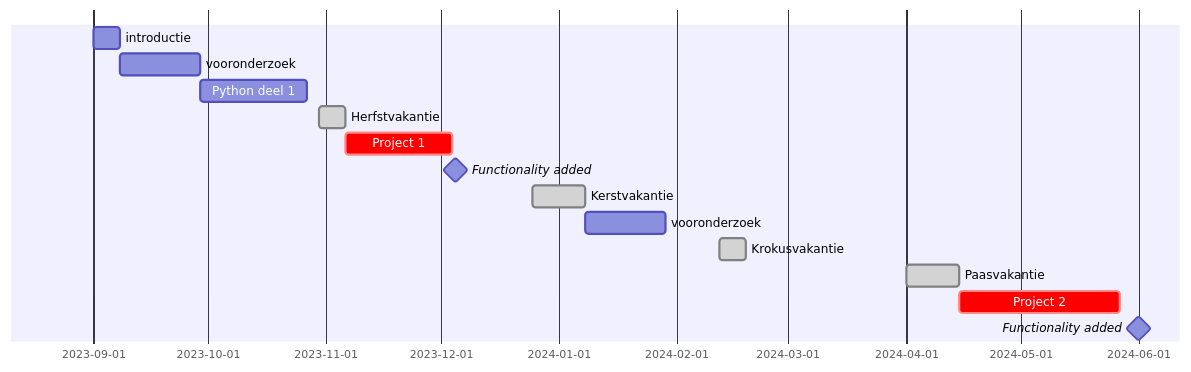
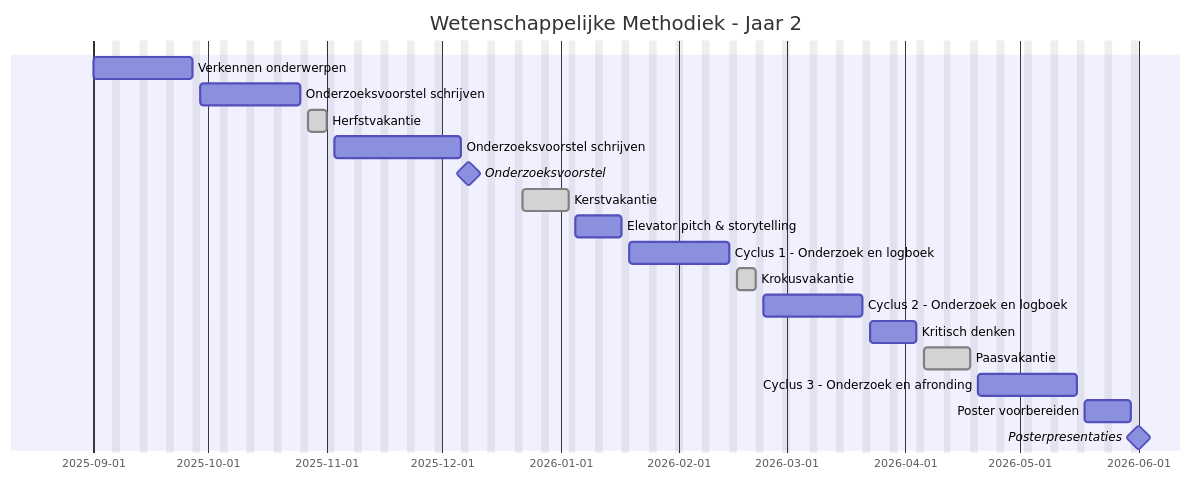
One commit to psmsmets/WetenschappelijkeMethodiek changed the second of 2 diagrams in intro.qmd. Above: the diagram before and after it, drawn with Mermaid. The commit also changed other lines of this file and 15 other files, not shown here.

````diff
--- a/intro.qmd
+++ b/intro.qmd
@@ -80,15 +121,26 @@
 ```{mermaid}
 gantt
-        introductie : i1, 2023-09-01, 1w
-        vooronderzoek : i2, 2023-09-08, 3w
-        Python deel 1 : py1, after i2, 4w
-        Herfstvakantie : done, v1, 2023-10-30, 1w
-        Project 1 : crit, proj1, after v1, 4w
-        Functionality added : milestone, 2023-12-05, 0d
-        Kerstvakantie : done, v2, 2023-12-25, 2w
-        vooronderzoek : i3, after v2, 3w
-        Krokusvakantie : done, v3, 2024-02-12, 1w
-        Paasvakantie : done, v4, 2024-04-01, 2w
-        Project 2 : crit, proj2, after v4, 6w
-        Functionality added : milestone, 2024-06-01, 0d
+    title Wetenschappelijke Methodiek - Jaar 2
+    dateFormat   YYYY-MM-DD
+    excludes     weekends
+
+    Verkennen onderwerpen            :a1, 2025-09-01, 20d
+    Onderzoeksvoorstel schrijven     :a2, after a1, 20d
+    Herfstvakantie                   :done, break1, 2025-10-27, 5d
+    Onderzoeksvoorstel schrijven     :a3, after break1, 25d
+    Onderzoeksvoorstel               :milestone, after a3, 0d
+
+    Kerstvakantie                    :done, break2, 2025-12-22, 10d
+    Elevator pitch & storytelling    :b1, after break2, 10d
+    Cyclus 1 - Onderzoek en logboek  :c1, after b1, 20d
+
+    Krokusvakantie                   :done, break3, 2026-02-16, 5d
+    Cyclus 2 - Onderzoek en logboek  :c2, after break3, 20d
+    Kritisch denken                  :after c2, 10d
+
+    Paasvakantie                     :done, break4, 2026-04-06, 10d
+    Cyclus 3 - Onderzoek en afronding:c3, after break4, 20d
+
+    Poster voorbereiden              :d1, 2026-05-18, 10d
+    Posterpresentaties               :milestone, 2026-06-01, 0d
 ```
````
